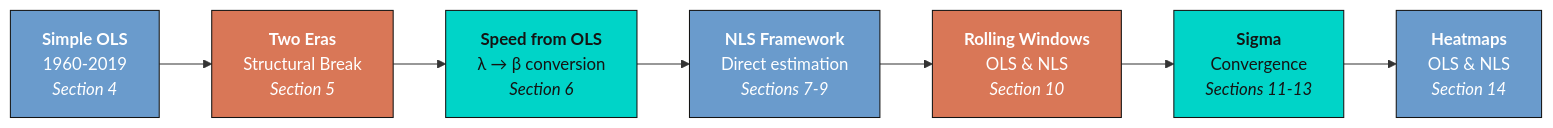
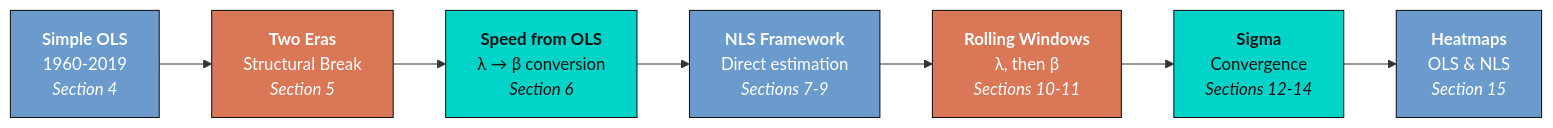
The first of 2 diagrams in content/post/stata_convergence/index.md (cmg777/starter-academic-v501), drawn with Mermaid before and after one commit. The commit also changed other lines of this file and 4 other files, not shown here.

First line of the commit message:
Add rolling-window introduction with OLS lambda figure and CI explanations

````diff
--- a/content/post/stata_convergence/index.md
+++ b/content/post/stata_convergence/index.md
@@ -69,20 +69,20 @@
 ```mermaid
 graph LR
     A["<b>Simple OLS</b><br/>1960-2019<br/><i>Section 4</i>"]
     B["<b>Two Eras</b><br/>Structural Break<br/><i>Section 5</i>"]
     C["<b>Speed from OLS</b><br/>λ → β conversion<br/><i>Section 6</i>"]
     D["<b>NLS Framework</b><br/>Direct estimation<br/><i>Sections 7-9</i>"]
-    E["<b>Rolling Windows</b><br/>OLS & NLS<br/><i>Section 10</i>"]
-    F["<b>Sigma</b><br/>Convergence<br/><i>Sections 11-13</i>"]
-    G["<b>Heatmaps</b><br/>OLS & NLS<br/><i>Section 14</i>"]
+    E["<b>Rolling Windows</b><br/>λ, then β<br/><i>Sections 10-11</i>"]
+    F["<b>Sigma</b><br/>Convergence<br/><i>Sections 12-14</i>"]
+    G["<b>Heatmaps</b><br/>OLS & NLS<br/><i>Section 15</i>"]
 
     A --> B --> C --> D --> E --> F --> G
 
     style A fill:#6a9bcc,stroke:#141413,color:#fff
     style B fill:#d97757,stroke:#141413,color:#fff
     style C fill:#00d4c8,stroke:#141413,color:#141413
     style D fill:#6a9bcc,stroke:#141413,color:#fff
     style E fill:#d97757,stroke:#141413,color:#fff
     style F fill:#00d4c8,stroke:#141413,color:#141413
     style G fill:#6a9bcc,stroke:#141413,color:#fff
 ```
````
